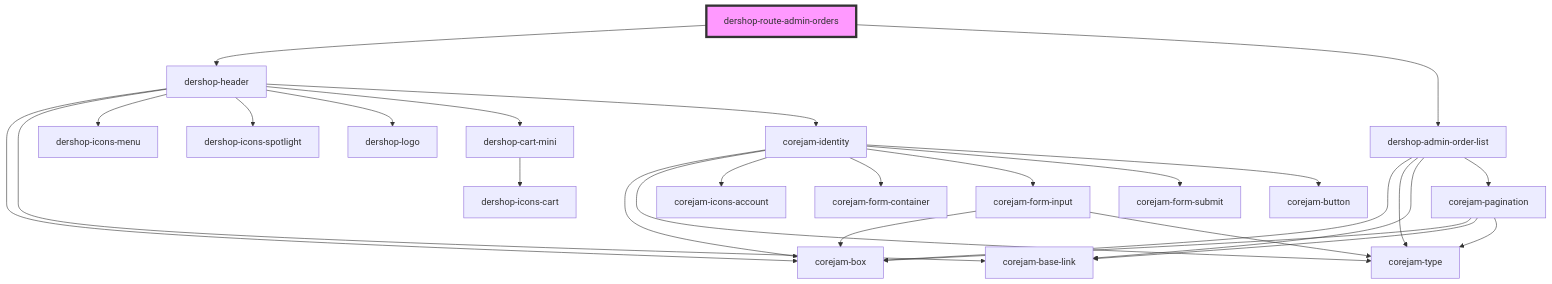
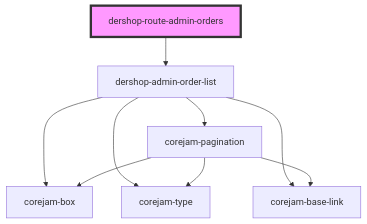
The diagram in packages/plugins/dershop/app/routes/admin/order/readme.md (corejam/corejam), drawn with Mermaid before and after one commit. The commit also changed other lines of this file and 10 other files, not shown here.

````diff
--- a/packages/plugins/dershop/app/routes/admin/order/readme.md
+++ b/packages/plugins/dershop/app/routes/admin/order/readme.md
@@ -23,30 +22,12 @@
 ```mermaid
 graph TD;
-  dershop-route-admin-orders --> dershop-header
   dershop-route-admin-orders --> dershop-admin-order-list
-  dershop-header --> corejam-box
-  dershop-header --> corejam-base-link
-  dershop-header --> dershop-icons-menu
-  dershop-header --> dershop-icons-spotlight
-  dershop-header --> dershop-logo
-  dershop-header --> dershop-cart-mini
-  dershop-header --> corejam-identity
-  dershop-cart-mini --> dershop-icons-cart
-  corejam-identity --> corejam-box
-  corejam-identity --> corejam-type
-  corejam-identity --> corejam-icons-account
-  corejam-identity --> corejam-form-container
-  corejam-identity --> corejam-form-input
-  corejam-identity --> corejam-form-submit
-  corejam-identity --> corejam-button
-  corejam-form-input --> corejam-box
-  corejam-form-input --> corejam-type
   dershop-admin-order-list --> corejam-box
   dershop-admin-order-list --> corejam-type
   dershop-admin-order-list --> corejam-base-link
   dershop-admin-order-list --> corejam-pagination
   corejam-pagination --> corejam-box
   corejam-pagination --> corejam-base-link
   corejam-pagination --> corejam-type
   style dershop-route-admin-orders fill:#f9f,stroke:#333,stroke-width:4px
 ```
````
